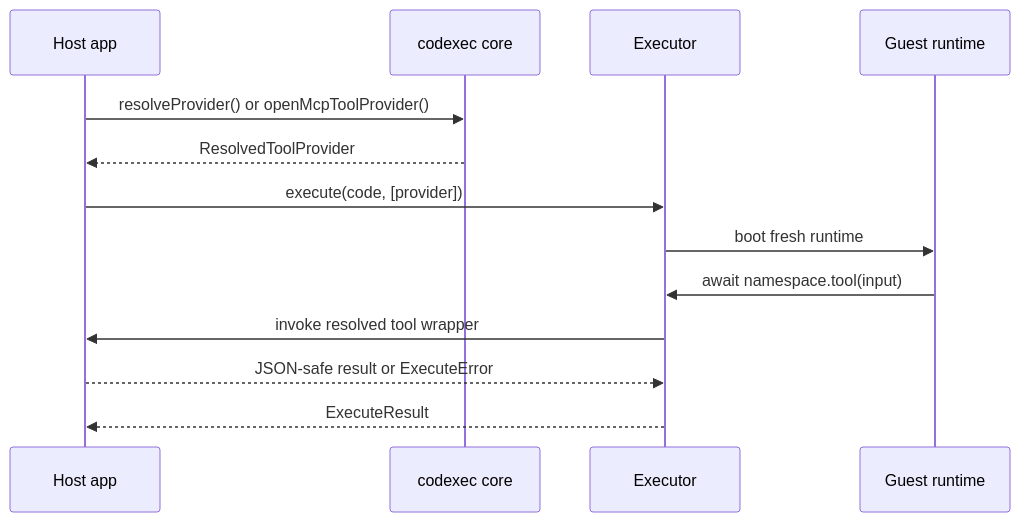
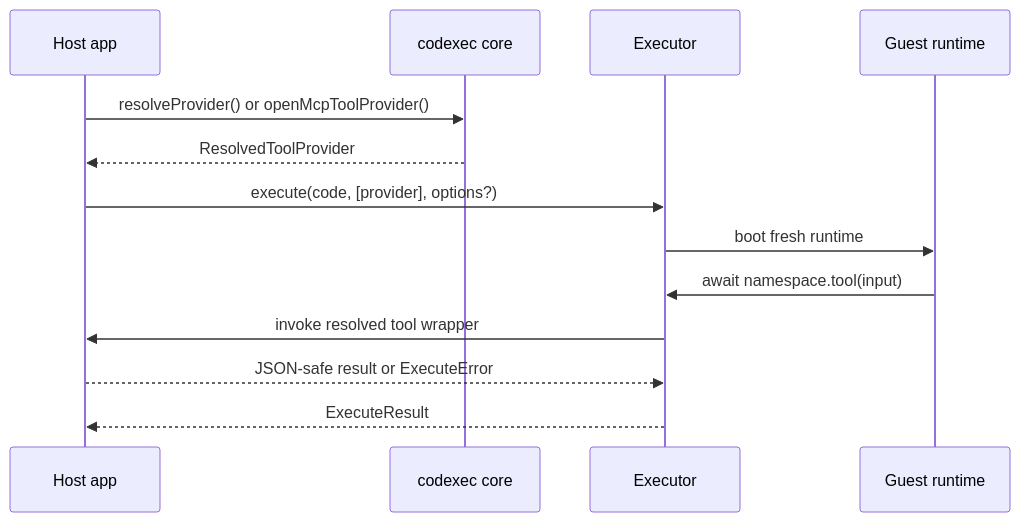
Before and after one commit to aallam/mcploom: the second of 3 diagrams in docs/codexec/architecture/README.md, drawn with Mermaid. The commit also changed other lines of this file and 36 other files, not shown here.

````diff
--- a/docs/codexec/architecture/README.md
+++ b/docs/codexec/architecture/README.md
@@ -62,16 +66,16 @@
 ```mermaid
 sequenceDiagram
     participant Host as Host app
     participant Core as codexec core
     participant Exec as Executor
     participant Guest as Guest runtime
 
     Host->>Core: resolveProvider() or openMcpToolProvider()
     Core-->>Host: ResolvedToolProvider
-    Host->>Exec: execute(code, [provider])
+    Host->>Exec: execute(code, [provider], options?)
     Exec->>Guest: boot fresh runtime
     Guest->>Exec: await namespace.tool(input)
     Exec->>Host: invoke resolved tool wrapper
     Host-->>Exec: JSON-safe result or ExecuteError
     Exec-->>Host: ExecuteResult
 ```
````
